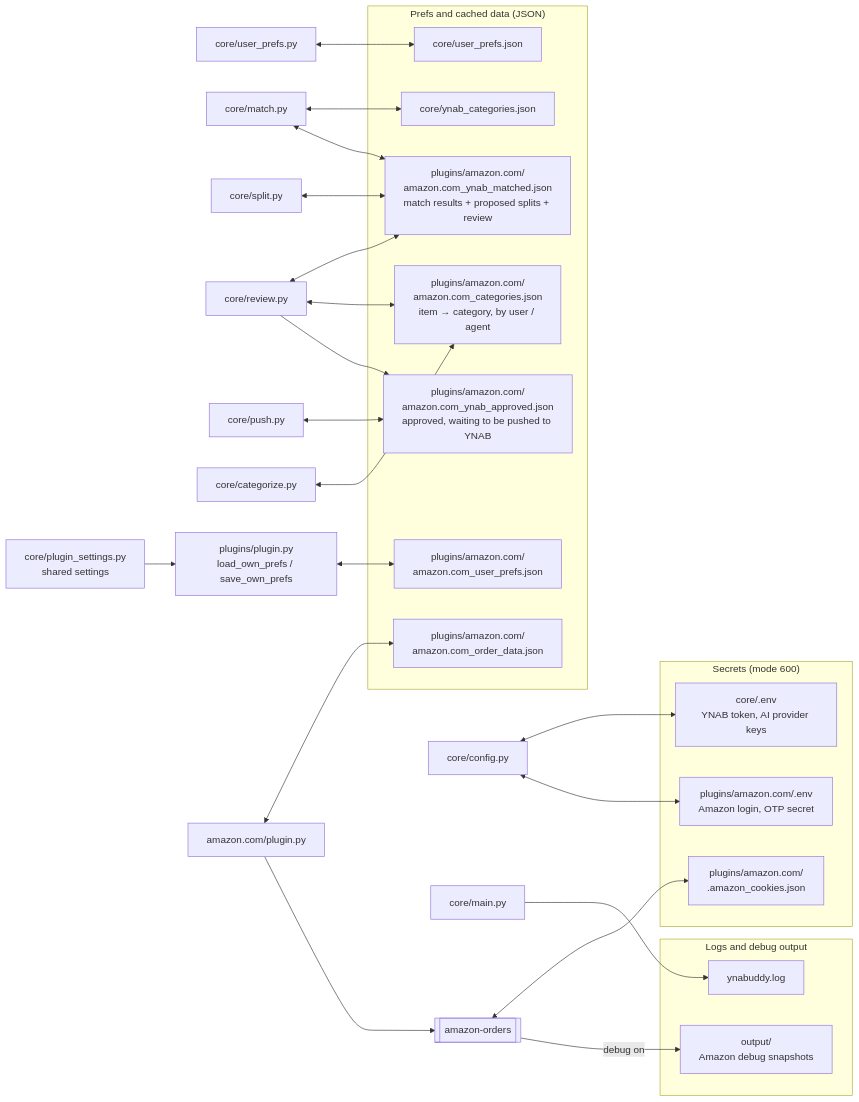
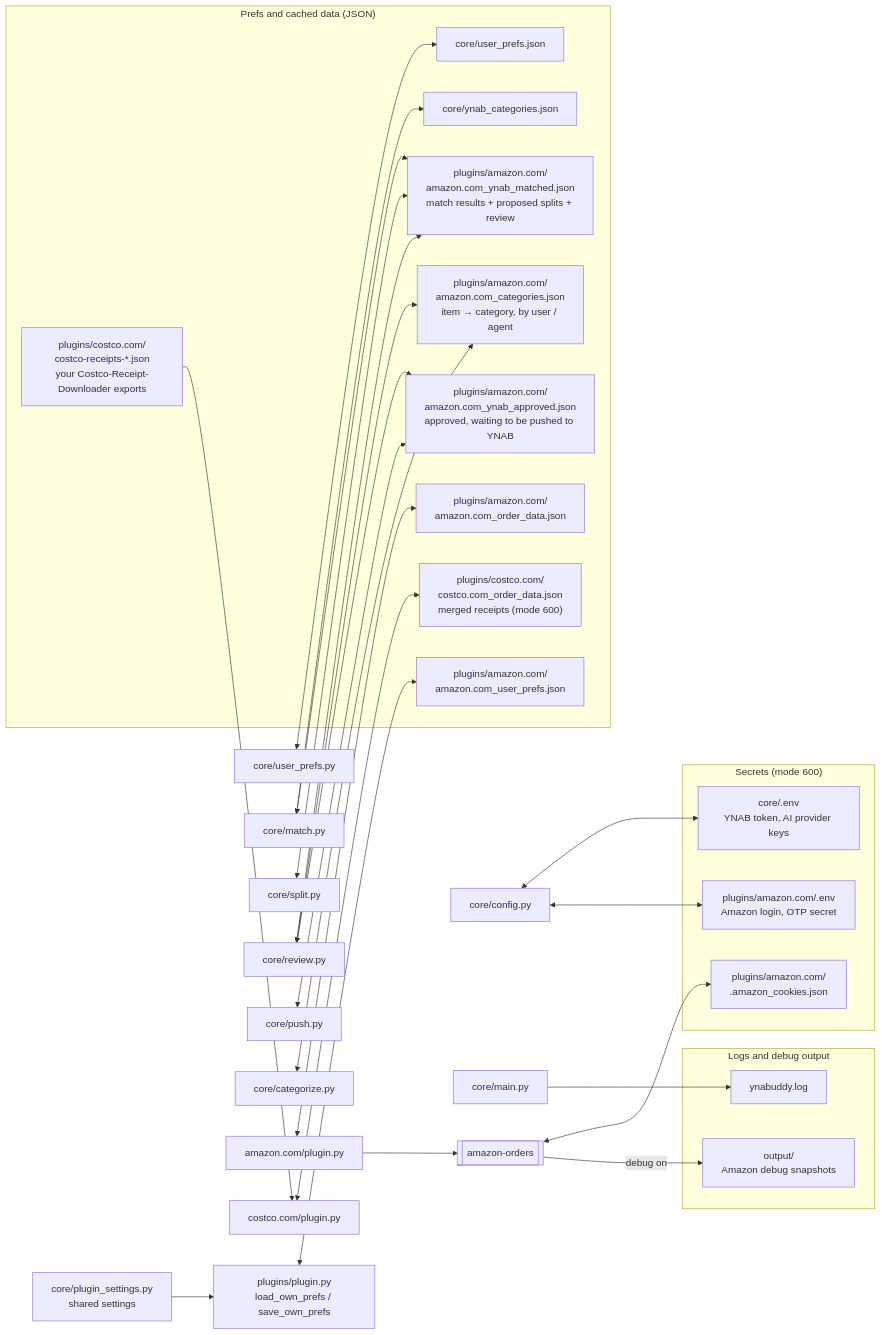
Before and after one commit to PirateIncognito/ynab-order-splitter: the fifth of 5 diagrams in DIAGRAM.md, drawn with Mermaid. The commit also changed other lines of this file and 20 other files, not shown here.

````diff
--- a/DIAGRAM.md
+++ b/DIAGRAM.md
@@ -240,39 +245,43 @@
 ```mermaid
 flowchart LR
     subgraph secrets["Secrets (mode 600)"]
         coreenv["core/.env<br/>YNAB token, AI provider keys"]
         amzenv["plugins/amazon.com/.env<br/>Amazon login, OTP secret"]
         cookies["plugins/amazon.com/<br/>.amazon_cookies.json"]
     end
 
     subgraph state["Prefs and cached data (JSON)"]
         up["core/user_prefs.json"]
         cats["core/ynab_categories.json"]
         amzprefs["plugins/amazon.com/<br/>amazon.com_user_prefs.json"]
         orders["plugins/amazon.com/<br/>amazon.com_order_data.json"]
         amzcats["plugins/amazon.com/<br/>amazon.com_categories.json<br/>item → category, by user / agent"]
         results["plugins/amazon.com/<br/>amazon.com_ynab_matched.json<br/>match results + proposed splits + review"]
         approved["plugins/amazon.com/<br/>amazon.com_ynab_approved.json<br/>approved, waiting to be pushed to YNAB"]
+        cosexports["plugins/costco.com/<br/>costco-receipts-*.json<br/>your Costco-Receipt-Downloader exports"]
+        cosorders["plugins/costco.com/<br/>costco.com_order_data.json<br/>merged receipts (mode 600)"]
     end
 
     subgraph other["Logs and debug output"]
         logfile["ynabuddy.log"]
         snapshots["output/<br/>Amazon debug snapshots"]
     end
 
     config["core/config.py"] <--> coreenv & amzenv
     userprefs["core/user_prefs.py"] <--> up
     matchpy["core/match.py"] <--> cats & results
     splitpy["core/split.py"] <--> results
     reviewpy["core/review.py"] <--> results & amzcats
     reviewpy --> approved
     pushpy["core/push.py"] <--> approved
     catpy["core/categorize.py"] <--> amzcats
     sdk["plugins/plugin.py<br/>load_own_prefs / save_own_prefs"] <--> amzprefs
     ps["core/plugin_settings.py<br/>shared settings"] --> sdk
     mainpy["core/main.py"] --> logfile
     amz["amazon.com/plugin.py"] <--> orders
     amzlib[["amazon-orders"]] <--> cookies
     amzlib -->|"debug on"| snapshots
     amz --> amzlib
+    cos["costco.com/plugin.py"] <--> cosorders
+    cosexports --> cos
 ```
````
